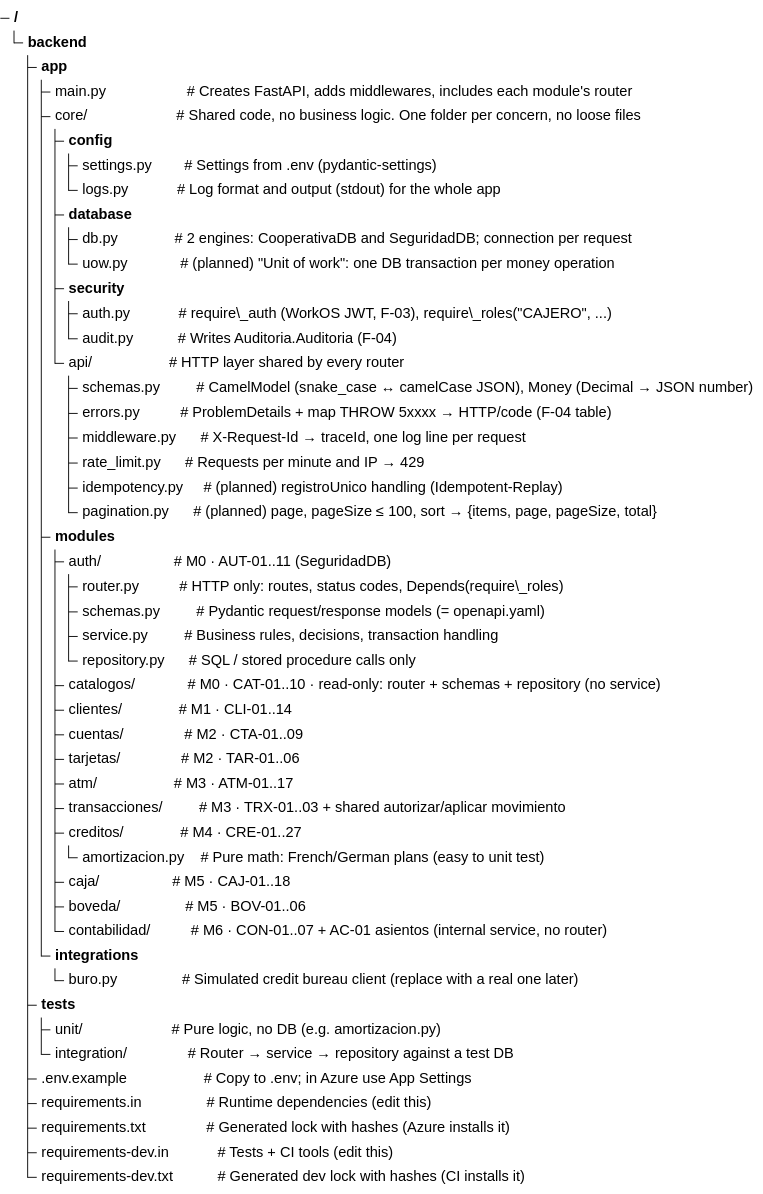
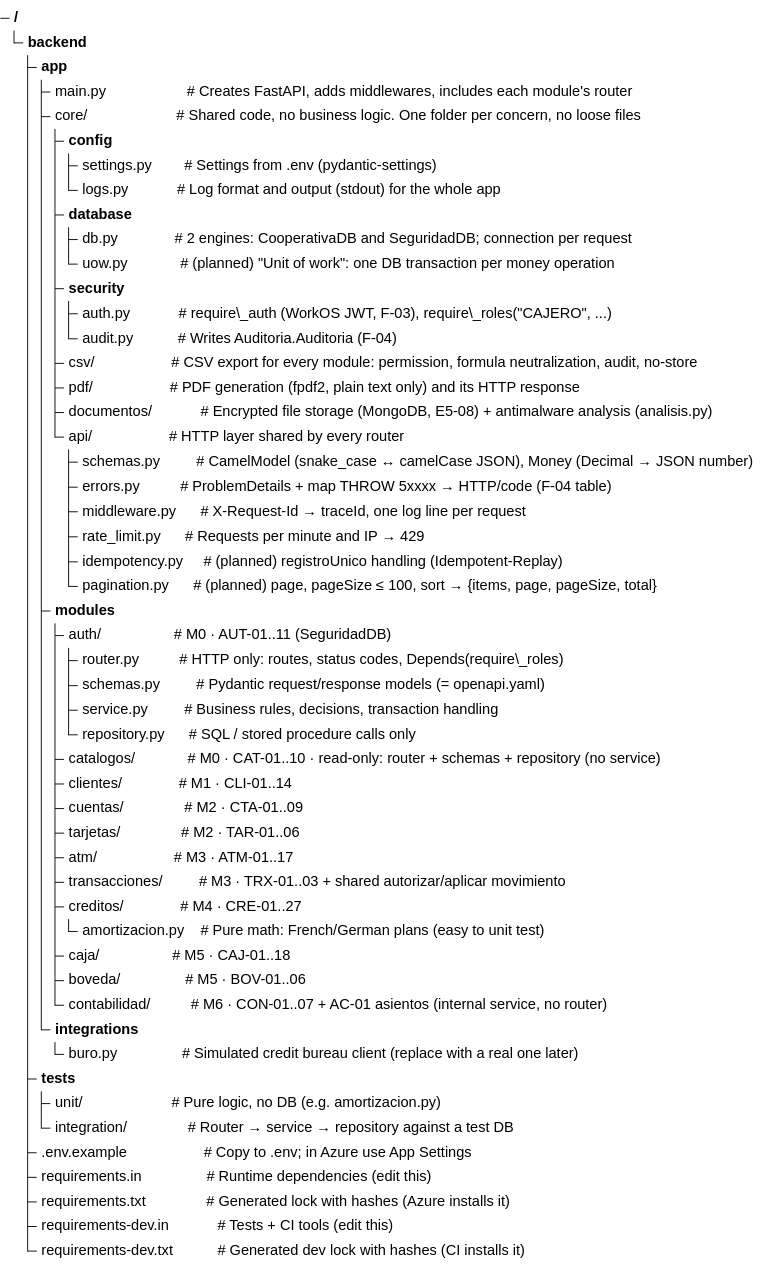
Before and after one commit to hugo-chicaiza/Banking-Platform: the diagram in Backend/TreeFolderStructure.md, drawn with Mermaid. The commit also changed other lines of this file and 21 other files, not shown here.

First line of the commit message:
E5-08 #389: herramientas compartidas de archivos (csv, análisis antimalware, pdf)

````diff
--- a/Backend/TreeFolderStructure.md
+++ b/Backend/TreeFolderStructure.md
@@ -1,54 +1,57 @@
 ```mermaid
 treeView-beta
 backend/
 ├── app/
 │   ├── main.py                    # Creates FastAPI, adds middlewares, includes each module's router
 │   ├── core/                      # Shared code, no business logic. One folder per concern, no loose files
 │   │   ├── config/
 │   │   │   ├── settings.py        # Settings from .env (pydantic-settings)
 │   │   │   └── logs.py            # Log format and output (stdout) for the whole app
 │   │   ├── database/
 │   │   │   ├── db.py              # 2 engines: CooperativaDB and SeguridadDB; connection per request
 │   │   │   └── uow.py             # (planned) "Unit of work": one DB transaction per money operation
 │   │   ├── security/
 │   │   │   ├── auth.py            # require\_auth (WorkOS JWT, F-03), require\_roles("CAJERO", ...)
 │   │   │   └── audit.py           # Writes Auditoria.Auditoria (F-04)
+│   │   ├── csv/                   # CSV export for every module: permission, formula neutralization, audit, no-store
+│   │   ├── pdf/                   # PDF generation (fpdf2, plain text only) and its HTTP response
+│   │   ├── documentos/            # Encrypted file storage (MongoDB, E5-08) + antimalware analysis (analisis.py)
 │   │   └── api/                   # HTTP layer shared by every router
 │   │       ├── schemas.py         # CamelModel (snake_case ↔ camelCase JSON), Money (Decimal → JSON number)
 │   │       ├── errors.py          # ProblemDetails + map THROW 5xxxx → HTTP/code (F-04 table)
 │   │       ├── middleware.py      # X-Request-Id → traceId, one log line per request
 │   │       ├── rate_limit.py      # Requests per minute and IP → 429
 │   │       ├── idempotency.py     # (planned) registroUnico handling (Idempotent-Replay)
 │   │       └── pagination.py      # (planned) page, pageSize ≤ 100, sort → {items, page, pageSize, total}
 │   │
 │   ├── modules/
 │   │   ├── auth/                  # M0 · AUT-01..11 (SeguridadDB)
 │   │   │   ├── router.py          # HTTP only: routes, status codes, Depends(require\_roles)
 │   │   │   ├── schemas.py         # Pydantic request/response models (= openapi.yaml)
 │   │   │   ├── service.py         # Business rules, decisions, transaction handling
 │   │   │   └── repository.py      # SQL / stored procedure calls only
 │   │   ├── catalogos/             # M0 · CAT-01..10 · read-only: router + schemas + repository (no service)
 │   │   ├── clientes/              # M1 · CLI-01..14
 │   │   ├── cuentas/               # M2 · CTA-01..09
 │   │   ├── tarjetas/               # M2 · TAR-01..06
 │   │   ├── atm/                   # M3 · ATM-01..17
 │   │   ├── transacciones/         # M3 · TRX-01..03 + shared autorizar/aplicar movimiento
 │   │   ├── creditos/              # M4 · CRE-01..27
 │   │   │   └── amortizacion.py    # Pure math: French/German plans (easy to unit test)
 │   │   ├── caja/                  # M5 · CAJ-01..18
 │   │   ├── boveda/                # M5 · BOV-01..06
 │   │   └── contabilidad/          # M6 · CON-01..07 + AC-01 asientos (internal service, no router)
 │   │
 │   └── integrations/
 │       └── buro.py                # Simulated credit bureau client (replace with a real one later)
 │
 ├── tests/
 │   ├── unit/                      # Pure logic, no DB (e.g. amortizacion.py)
 │   └── integration/               # Router → service → repository against a test DB
 │
 ├── .env.example                   # Copy to .env; in Azure use App Settings
 ├── requirements.in                # Runtime dependencies (edit this)
 ├── requirements.txt               # Generated lock with hashes (Azure installs it)
 ├── requirements-dev.in            # Tests + CI tools (edit this)
 └── requirements-dev.txt           # Generated dev lock with hashes (CI installs it)
 ```
````
